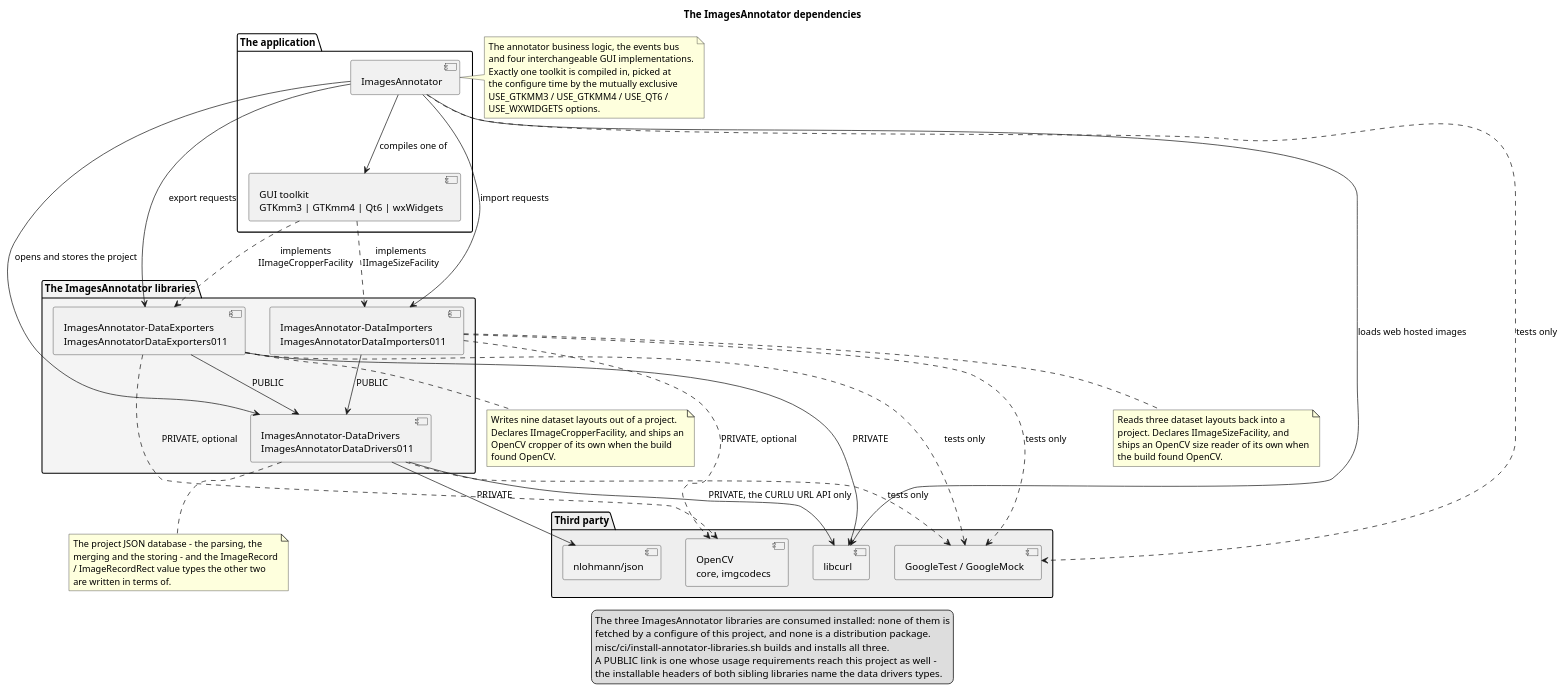
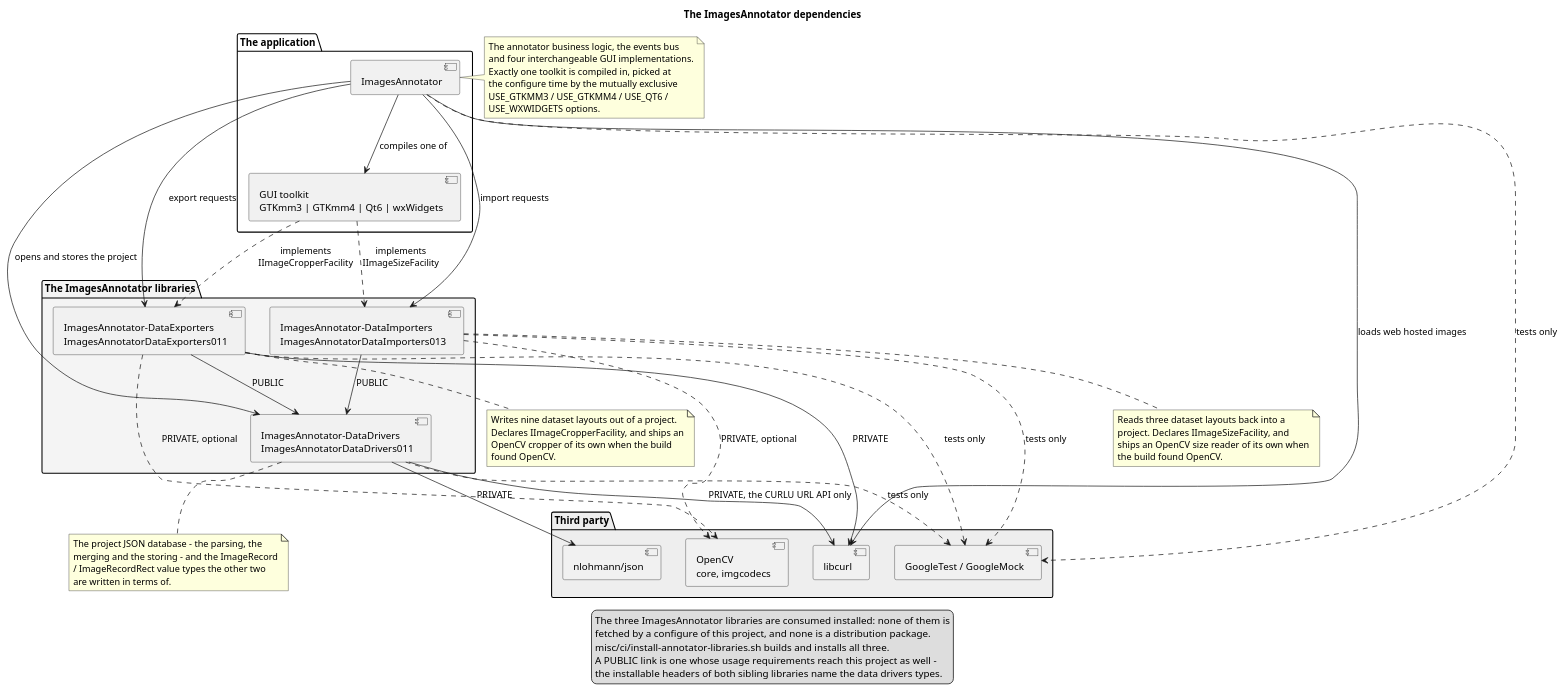
Before and after one commit to yuriysydor1991/ImagesAnnotator: the diagram in doc/diagrams/plantuml/dependencies.puml, drawn with PlantUML. The commit also changed 6 other files, not shown here.

```diff
--- a/doc/diagrams/plantuml/dependencies.puml
+++ b/doc/diagrams/plantuml/dependencies.puml
@@ -1,85 +1,85 @@
 @startuml
 
 title The ImagesAnnotator dependencies
 
 package "The application" #FFFFFF {
   component "ImagesAnnotator" as APP
   component "GUI toolkit\nGTKmm3 | GTKmm4 | Qt6 | wxWidgets" as GUI
 }
 
 package "The ImagesAnnotator libraries" #F4F4F4 {
   component "ImagesAnnotator-DataExporters\nImagesAnnotatorDataExporters011" as IADE
-  component "ImagesAnnotator-DataImporters\nImagesAnnotatorDataImporters011" as IADI
+  component "ImagesAnnotator-DataImporters\nImagesAnnotatorDataImporters013" as IADI
   component "ImagesAnnotator-DataDrivers\nImagesAnnotatorDataDrivers011" as IADD
 }
 
 package "Third party" #EEEEEE {
   component "libcurl" as CURL
   component "nlohmann/json" as NJSON
   component "OpenCV\ncore, imgcodecs" as OCV
   component "GoogleTest / GoogleMock" as GTEST
 }
 
 note right of APP
   The annotator business logic, the events bus
   and four interchangeable GUI implementations.
   Exactly one toolkit is compiled in, picked at
   the configure time by the mutually exclusive
   USE_GTKMM3 / USE_GTKMM4 / USE_QT6 /
   USE_WXWIDGETS options.
 end note
 
 note bottom of IADE
   Writes nine dataset layouts out of a project.
   Declares IImageCropperFacility, and ships an
   OpenCV cropper of its own when the build
   found OpenCV.
 end note
 
 note bottom of IADI
   Reads three dataset layouts back into a
   project. Declares IImageSizeFacility, and
   ships an OpenCV size reader of its own when
   the build found OpenCV.
 end note
 
 note bottom of IADD
   The project JSON database - the parsing, the
   merging and the storing - and the ImageRecord
   / ImageRecordRect value types the other two
   are written in terms of.
 end note
 
 APP --> GUI : compiles one of
 APP --> IADE : export requests
 APP --> IADI : import requests
 APP --> IADD : opens and stores the project
 APP --> CURL : loads web hosted images
 
 GUI ..> IADE : implements\nIImageCropperFacility
 GUI ..> IADI : implements\nIImageSizeFacility
 
 IADE --> IADD : PUBLIC
 IADI --> IADD : PUBLIC
 
 IADE --> CURL : PRIVATE
 IADE ..> OCV : PRIVATE, optional
 IADI ..> OCV : PRIVATE, optional
 
 IADD --> NJSON : PRIVATE
 IADD --> CURL : PRIVATE, the CURLU URL API only
 
 APP ..> GTEST : tests only
 IADE ..> GTEST : tests only
 IADI ..> GTEST : tests only
 IADD ..> GTEST : tests only
 
 legend bottom
   The three ImagesAnnotator libraries are consumed installed: none of them is
   fetched by a configure of this project, and none is a distribution package.
   misc/ci/install-annotator-libraries.sh builds and installs all three.
   A PUBLIC link is one whose usage requirements reach this project as well -
   the installable headers of both sibling libraries name the data drivers types.
 end legend
 
 @enduml
```
